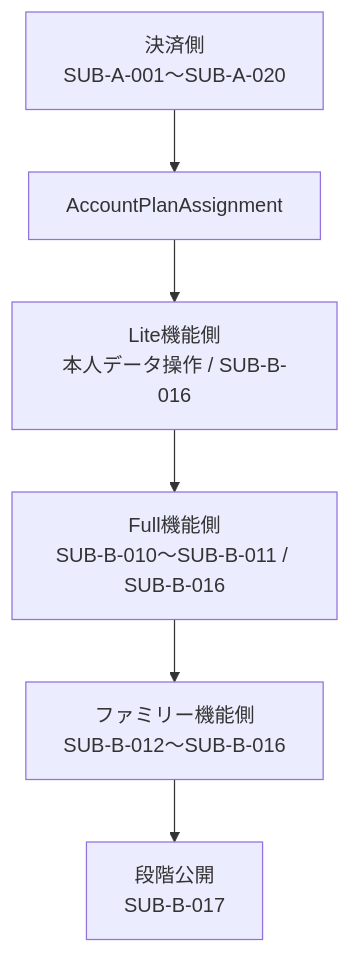
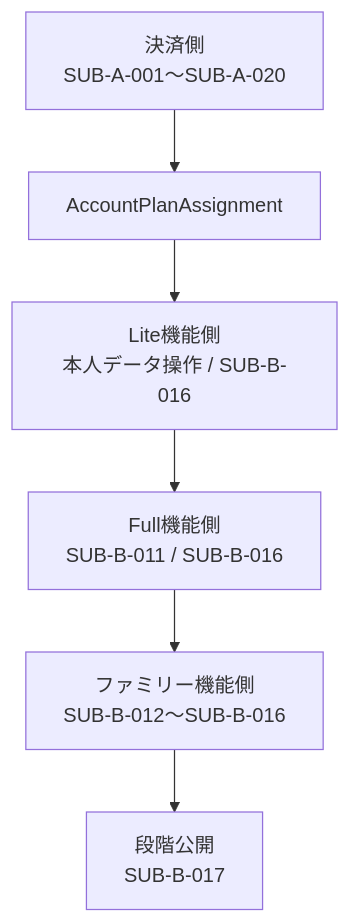
Before and after one commit to kkyosuke/me-builder: the third of 3 diagrams in docs/development/subscription-remaining-tasks.md, drawn with Mermaid. The commit also changed other lines of this file and 28 other files, not shown here.

````diff
--- a/docs/development/subscription-remaining-tasks.md
+++ b/docs/development/subscription-remaining-tasks.md
@@ -99,8 +99,8 @@
 ```mermaid
 flowchart TD
     A[決済側<br/>SUB-A-001〜SUB-A-020] --> I[AccountPlanAssignment]
     I --> L[Lite機能側<br/>本人データ操作 / SUB-B-016]
-    L --> U[Full機能側<br/>SUB-B-010〜SUB-B-011 / SUB-B-016]
+    L --> U[Full機能側<br/>SUB-B-011 / SUB-B-016]
     U --> F[ファミリー機能側<br/>SUB-B-012〜SUB-B-016]
     F --> R[段階公開<br/>SUB-B-017]
 ```
````
